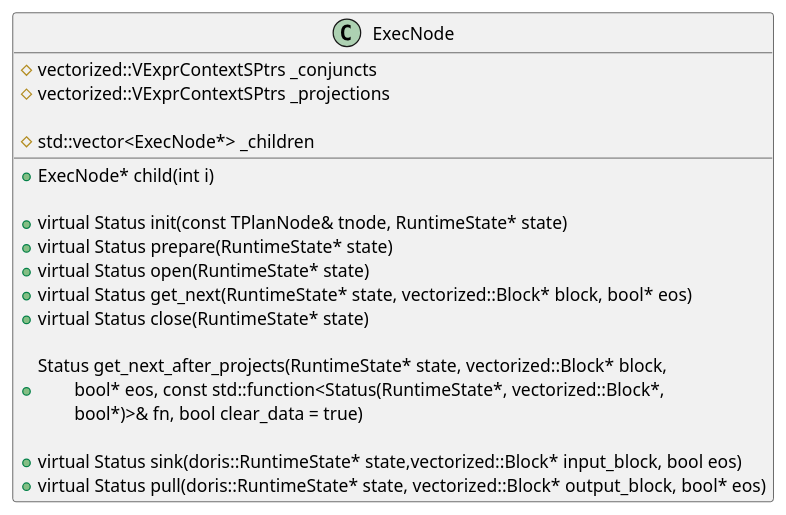
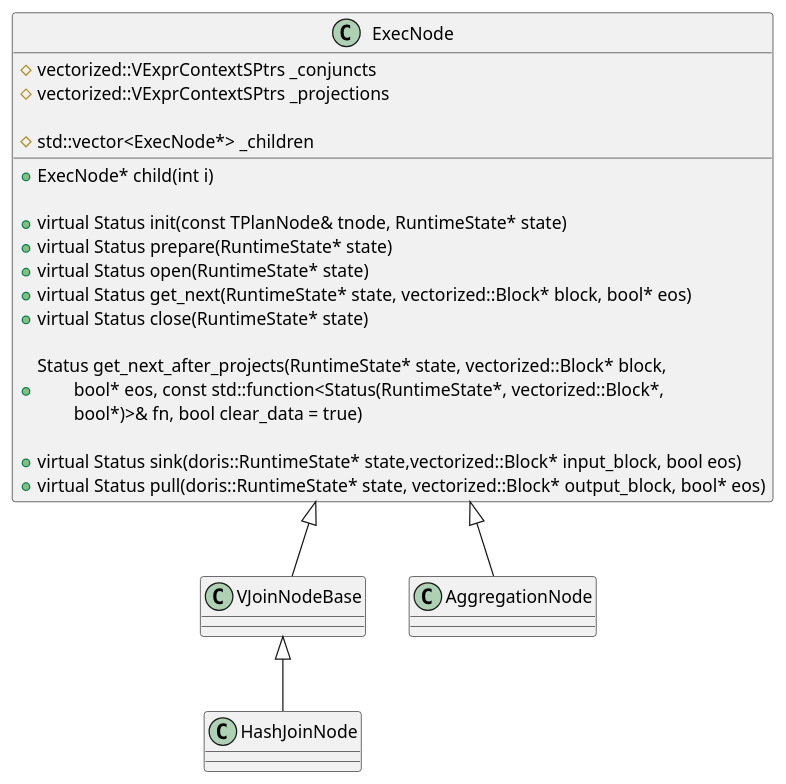
One commit to DepInjoy/geektime changed the second of 8 diagrams in doc/DB/Doris/SourceRead/11_01_Exec_Pipeline_Execution.md. Above: the diagram before and after it, drawn with PlantUML. The commit also changed other lines of this file and 1 other file, not shown here.

````diff
--- a/doc/DB/Doris/SourceRead/11_01_Exec_Pipeline_Execution.md
+++ b/doc/DB/Doris/SourceRead/11_01_Exec_Pipeline_Execution.md
@@ -207,23 +215,27 @@
 ```plantuml
 @startuml
 class ExecNode {
     # vectorized::VExprContextSPtrs _conjuncts
     # vectorized::VExprContextSPtrs _projections
 
     # std::vector<ExecNode*> _children
 
     + ExecNode* child(int i)
 
     + virtual Status init(const TPlanNode& tnode, RuntimeState* state)
     + virtual Status prepare(RuntimeState* state)
     + virtual Status open(RuntimeState* state)
     + virtual Status get_next(RuntimeState* state, vectorized::Block* block, bool* eos)
     + virtual Status close(RuntimeState* state)
 
     + Status get_next_after_projects(RuntimeState* state, vectorized::Block* block,\n\tbool* eos, const std::function<Status(RuntimeState*, vectorized::Block*,\n\tbool*)>& fn, bool clear_data = true)
 
     + virtual Status sink(doris::RuntimeState* state,vectorized::Block* input_block, bool eos)
     + virtual Status pull(doris::RuntimeState* state, vectorized::Block* output_block, bool* eos)
 }
+
+AggregationNode -up-|> ExecNode
+HashJoinNode -up-|> VJoinNodeBase
+VJoinNodeBase -up-|> ExecNode
 @enduml
 ```
````
